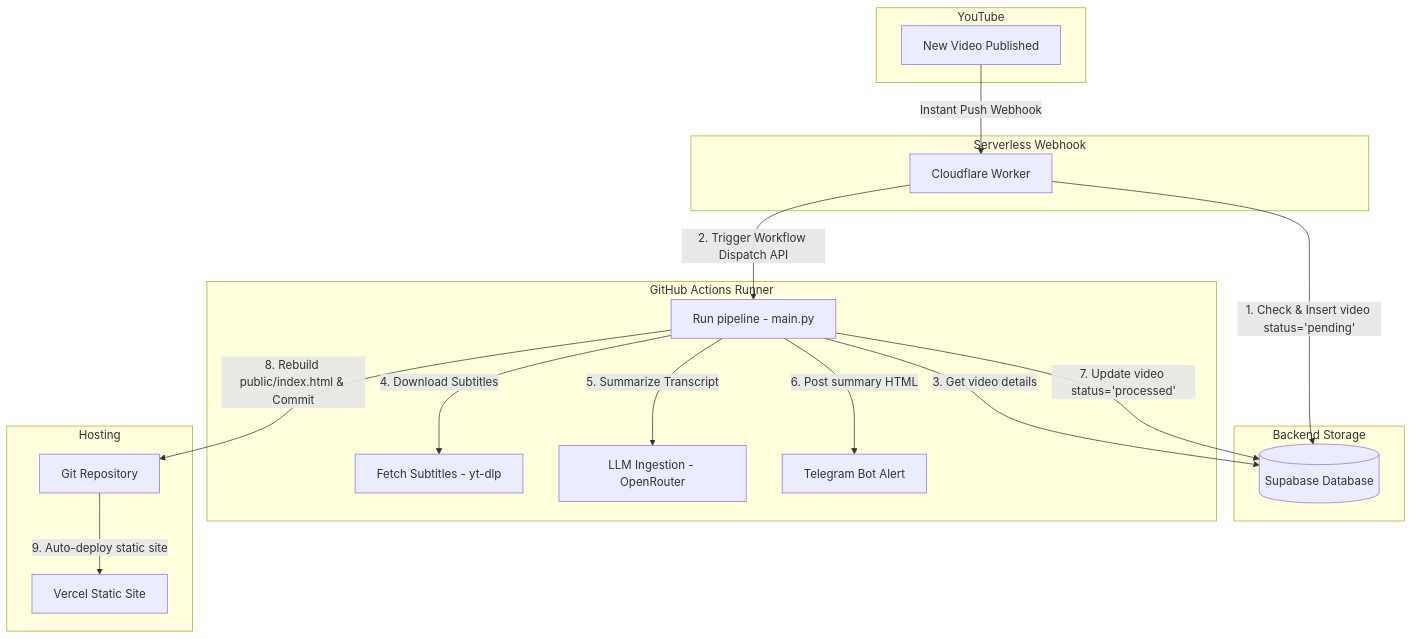
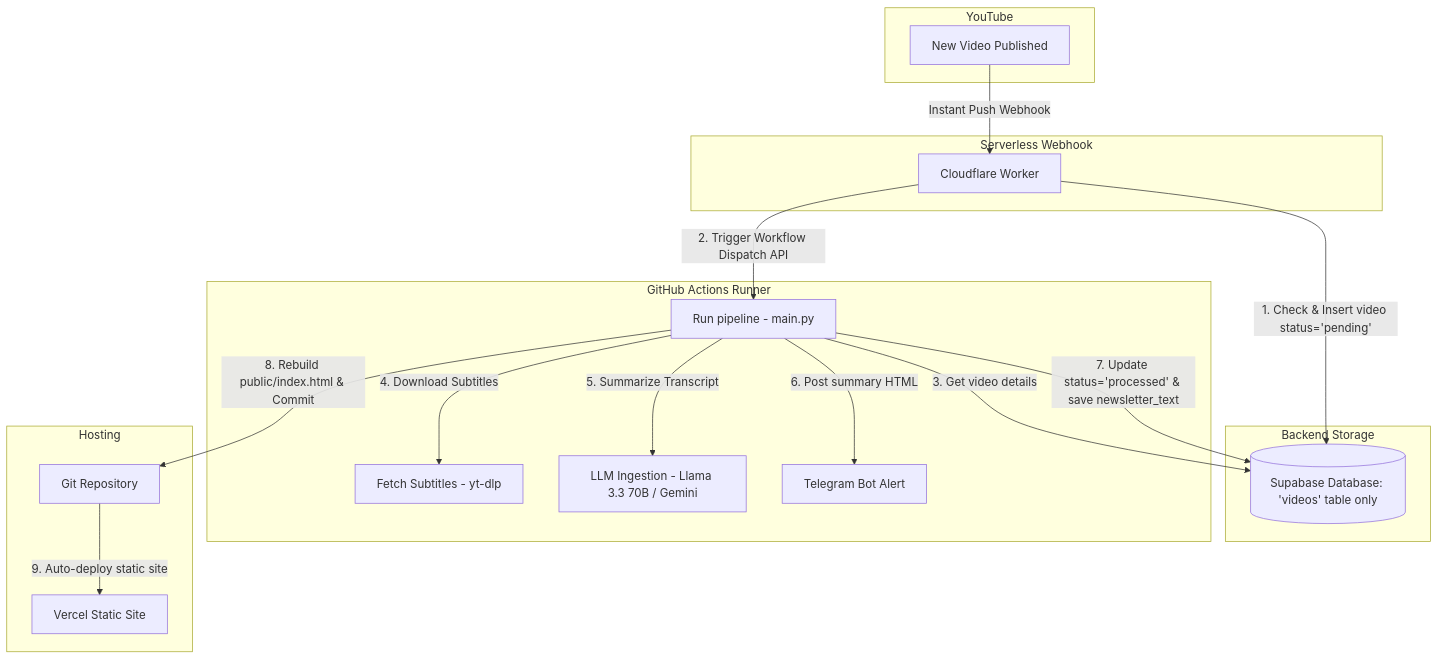
One commit to briannoelkesuma/ai_engineer_newsletter changed the diagram in README.md. Above: the diagram before and after it, drawn with Mermaid. The commit also changed other lines of this file and 1 other file, not shown here.

Commit message:
docs: update README with single-table design & test utilities

````diff
--- a/README.md
+++ b/README.md
@@ -23,39 +24,39 @@
 ```mermaid
 flowchart TD
     subgraph YouTube
         A[New Video Published]
     end
 
     subgraph Serverless Webhook
         B[Cloudflare Worker]
     end
 
     subgraph Backend Storage
-        C[(Supabase Database)]
+        C[(Supabase Database: 'videos' table only)]
     end
 
     subgraph Automation Runner [GitHub Actions Runner]
         D[Run pipeline - main.py]
         E[Fetch Subtitles - yt-dlp]
-        F[LLM Ingestion - OpenRouter]
+        F[LLM Ingestion - Llama 3.3 70B / Gemini]
         G[Telegram Bot Alert]
     end
 
     subgraph Hosting
         H[Git Repository]
         I[Vercel Static Site]
     end
 
     A -->|Instant Push Webhook| B
     B -->|1. Check & Insert video status='pending'| C
     B -->|2. Trigger Workflow Dispatch API| D
     
     D -->|3. Get video details| C
     D -->|4. Download Subtitles| E
     D -->|5. Summarize Transcript| F
     D -->|6. Post summary HTML| G
-    D -->|7. Update video status='processed'| C
+    D -->|7. Update status='processed' & save newsletter_text| C
     D -->|8. Rebuild public/index.html & Commit| H
     
     H -->|9. Auto-deploy static site| I
 ```
````
